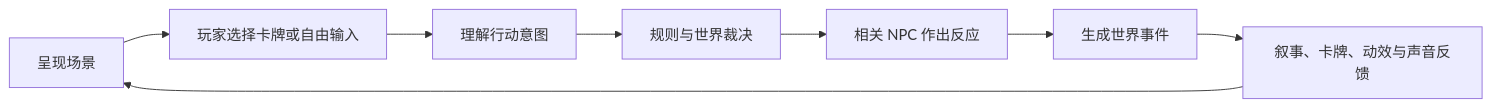
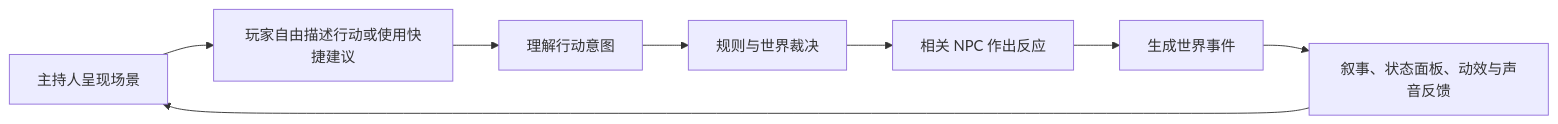
The first of 5 diagrams in docs/DESIGN.md (mikyan/WorldLoom), drawn with Mermaid before and after one commit. The commit also changed other lines of this file and 3 other files, not shown here.

Commit message:
docs: define configurable Worldloom architecture

````diff
--- a/docs/DESIGN.md
+++ b/docs/DESIGN.md
@@ -50,10 +66,10 @@
 ```mermaid
 flowchart LR
-    A["呈现场景"] --> B["玩家选择卡牌或自由输入"]
+    A["主持人呈现场景"] --> B["玩家自由描述行动或使用快捷建议"]
     B --> C["理解行动意图"]
     C --> D["规则与世界裁决"]
     D --> E["相关 NPC 作出反应"]
     E --> F["生成世界事件"]
-    F --> G["叙事、卡牌、动效与声音反馈"]
+    F --> G["叙事、状态面板、动效与声音反馈"]
     G --> A
 ```
````
